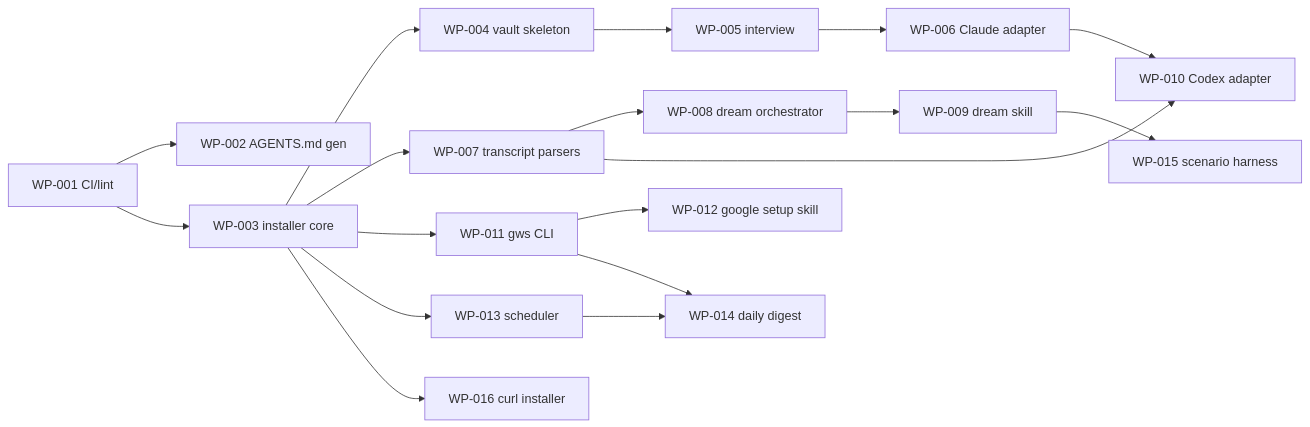
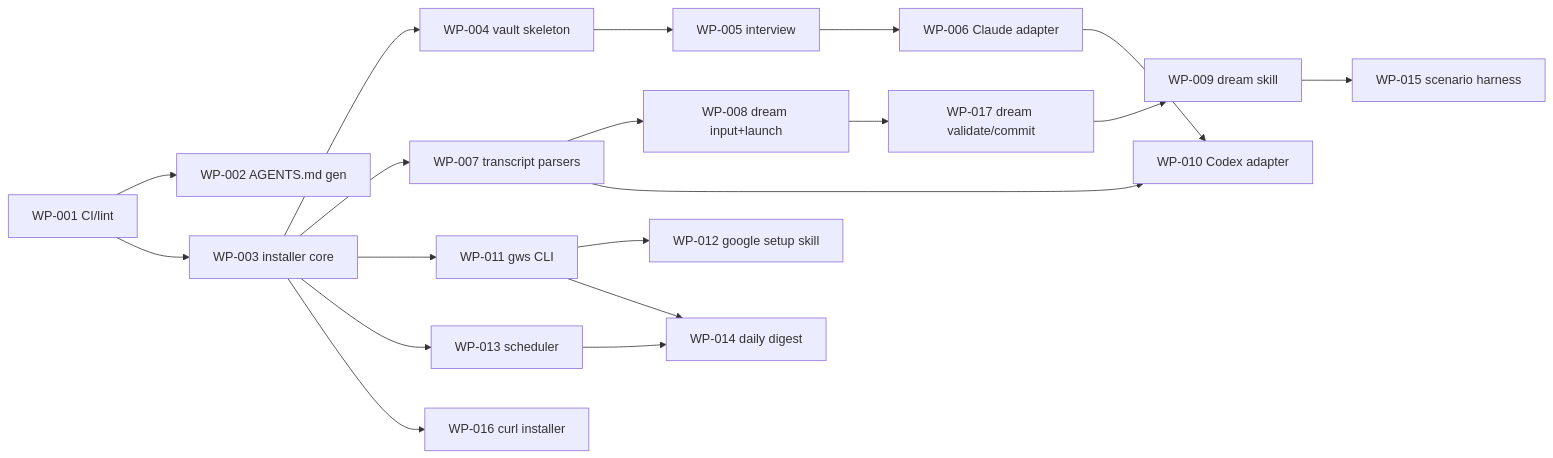
One commit to wienerdog-ai/wienerdog changed the diagram in docs/specs/ROADMAP.md. Above: the diagram before and after it, drawn with Mermaid. The commit also changed other lines of this file and 3 other files, not shown here.

First line of the commit message:
docs(specs): dreaming pipeline — WP-008 (input+brain), WP-017 (validate+commit), WP-009 (dream skill) to Ready

````diff
--- a/docs/specs/ROADMAP.md
+++ b/docs/specs/ROADMAP.md
@@ -41,20 +42,21 @@
 ```mermaid
 graph LR
   WP001[WP-001 CI/lint] --> WP002[WP-002 AGENTS.md gen]
   WP001 --> WP003[WP-003 installer core]
   WP003 --> WP004[WP-004 vault skeleton]
   WP004 --> WP005[WP-005 interview]
   WP005 --> WP006[WP-006 Claude adapter]
   WP003 --> WP007[WP-007 transcript parsers]
-  WP007 --> WP008[WP-008 dream orchestrator]
-  WP008 --> WP009[WP-009 dream skill]
+  WP007 --> WP008[WP-008 dream input+launch]
+  WP008 --> WP017[WP-017 dream validate/commit]
+  WP017 --> WP009[WP-009 dream skill]
   WP006 --> WP010[WP-010 Codex adapter]
   WP007 --> WP010
   WP003 --> WP011[WP-011 gws CLI]
   WP011 --> WP012[WP-012 google setup skill]
   WP003 --> WP013[WP-013 scheduler]
   WP011 --> WP014[WP-014 daily digest]
   WP013 --> WP014
   WP009 --> WP015[WP-015 scenario harness]
   WP003 --> WP016[WP-016 curl installer]
 ```
````
